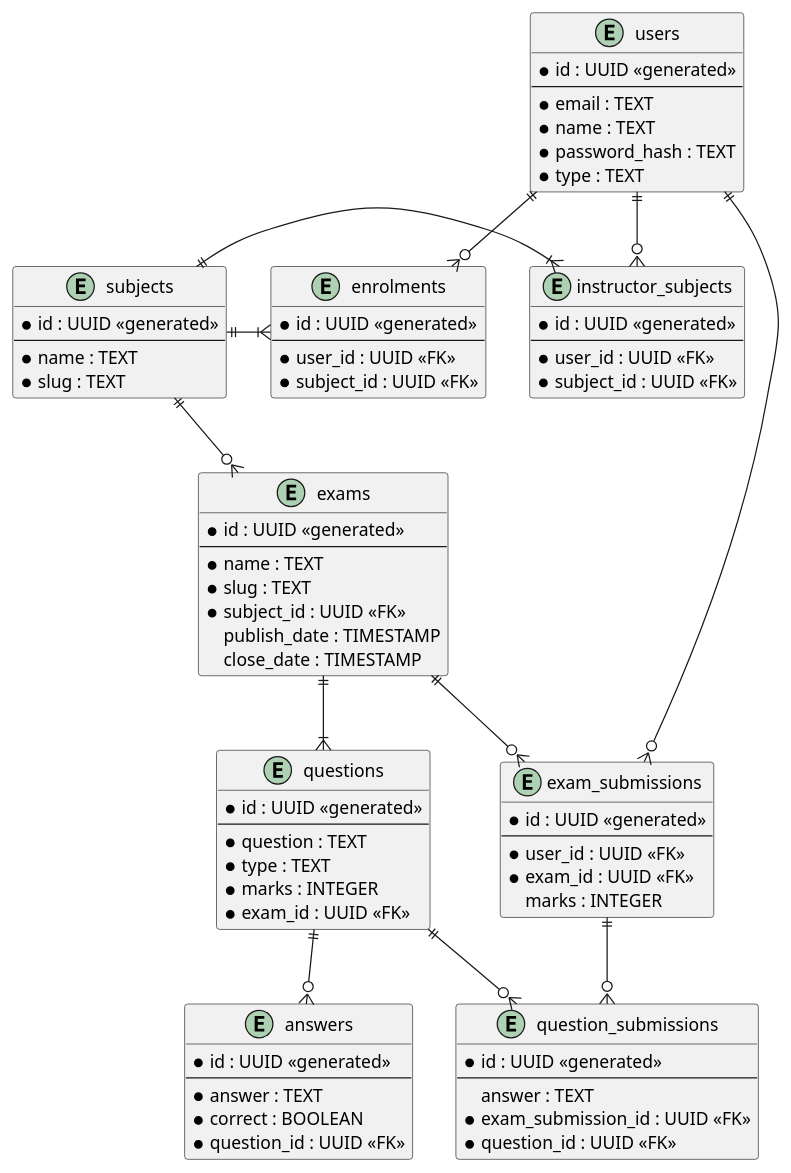
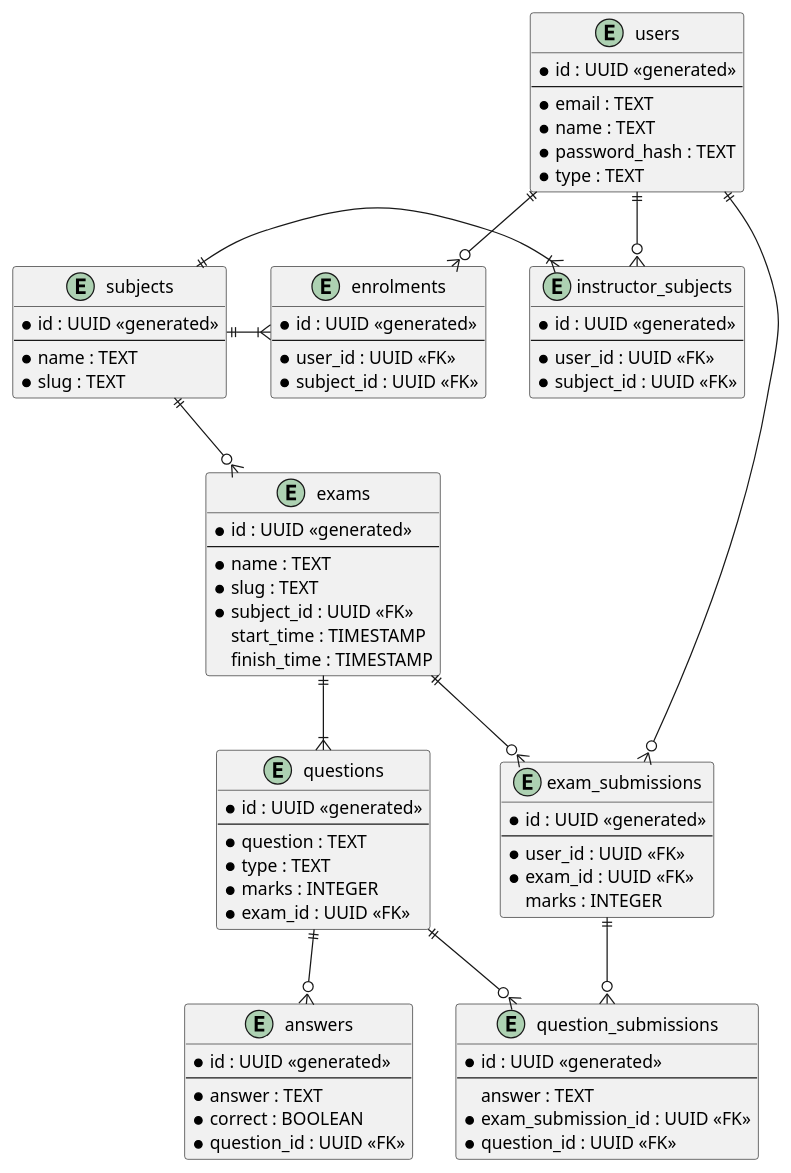
The diagram in docs/diagrams/er.puml (omjadas/ekzameno), drawn with PlantUML before and after one commit. The commit also changed 8 other files, not shown here.

Commit message:
refactor: rename publish_date to start_time, close_date to finish_time

```diff
--- a/docs/diagrams/er.puml
+++ b/docs/diagrams/er.puml
@@ -1,90 +1,90 @@
 @startuml ER Diagram
 
 entity users {
     * id : UUID <<generated>>
     --
     * email : TEXT
     * name : TEXT
     * password_hash : TEXT
     * type : TEXT
 }
 
 entity subjects {
     * id : UUID <<generated>>
     --
     * name : TEXT
     * slug : TEXT
 }
 
 entity exams {
     * id : UUID <<generated>>
     --
     * name : TEXT
     * slug : TEXT
     * subject_id : UUID <<FK>>
-    publish_date : TIMESTAMP
-    close_date : TIMESTAMP
+    start_time : TIMESTAMP
+    finish_time : TIMESTAMP
 }
 
 entity questions {
     * id : UUID <<generated>>
     --
     * question : TEXT
     * type : TEXT
     * marks : INTEGER
     * exam_id : UUID <<FK>>
 }
 
 entity answers {
     * id : UUID <<generated>>
     --
     * answer : TEXT
     * correct : BOOLEAN
     * question_id : UUID <<FK>>
 }
 
 entity exam_submissions {
     * id : UUID <<generated>>
     --
     * user_id : UUID <<FK>>
     * exam_id : UUID <<FK>>
     marks : INTEGER
 }
 
 entity question_submissions {
     * id : UUID <<generated>>
     --
     answer : TEXT
     * exam_submission_id : UUID <<FK>>
     * question_id : UUID <<FK>>
 }
 
 entity instructor_subjects {
     * id : UUID <<generated>>
     --
     * user_id : UUID <<FK>>
     * subject_id : UUID <<FK>>
 }
 
 entity enrolments {
     * id : UUID <<generated>>
     --
     * user_id : UUID <<FK>>
     * subject_id : UUID <<FK>>
 }
 
 subjects ||--o{ exams
 exams ||--|{ questions
 users ||--o{ exam_submissions
 exams ||--o{ exam_submissions
 exam_submissions ||--o{ question_submissions
 questions ||--o{ question_submissions
 questions ||--o{ answers
 
 users ||--o{ instructor_subjects
 users ||--o{ enrolments
 
 subjects ||-|{ instructor_subjects
 subjects ||-|{ enrolments
 
 @enduml
```
